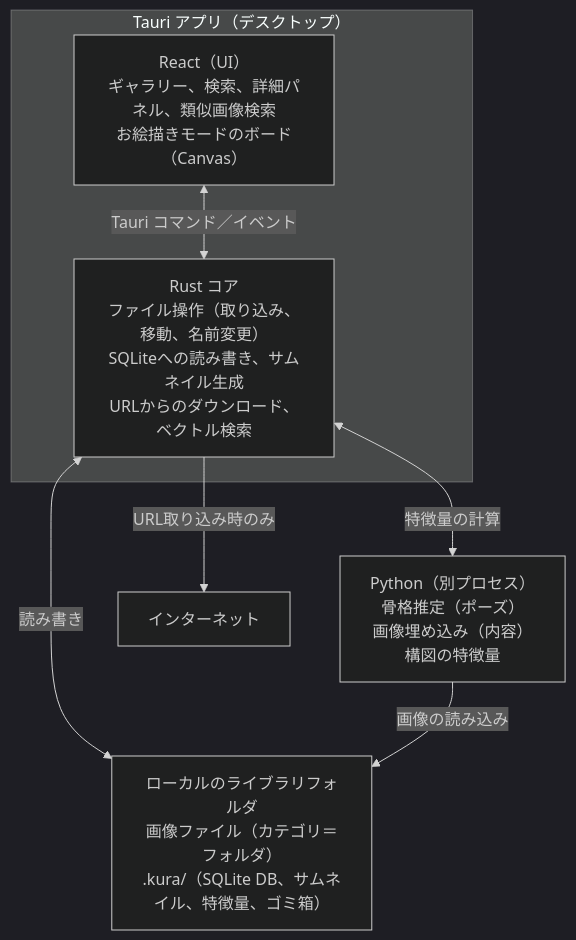
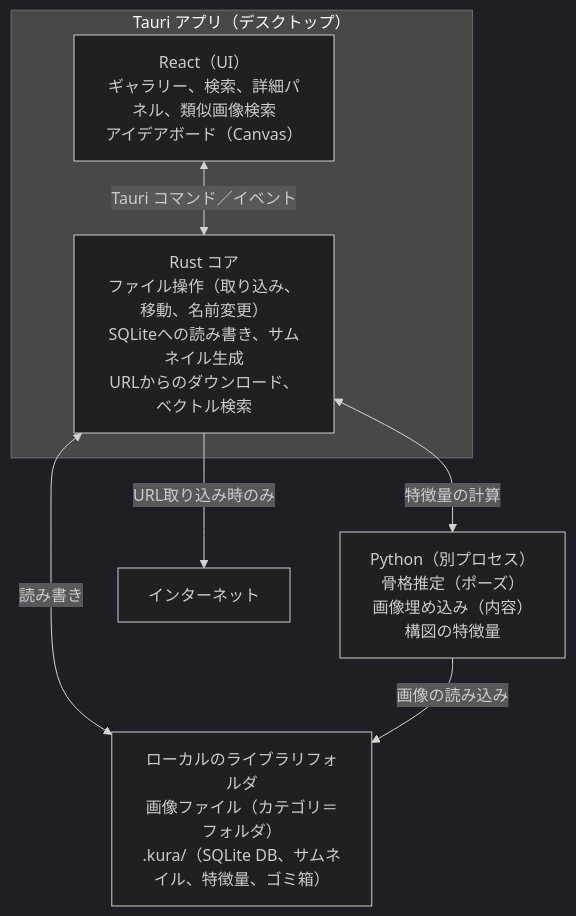
Before and after one commit to kk6/kura: the diagram in docs/requirements.md, drawn with Mermaid (dark theme). The commit also changed other lines of this file and 4 other files, not shown here.

````diff
--- a/docs/requirements.md
+++ b/docs/requirements.md
@@ -69,15 +69,15 @@
 ```mermaid
 flowchart TB
     subgraph tauri["Tauri アプリ（デスクトップ）"]
-        ui["React（UI）<br/>ギャラリー、検索、詳細パネル、類似画像検索<br/>お絵描きモードのボード（Canvas）"]
+        ui["React（UI）<br/>ギャラリー、検索、詳細パネル、類似画像検索<br/>アイデアボード（Canvas）"]
         core["Rust コア<br/>ファイル操作（取り込み、移動、名前変更）<br/>SQLiteへの読み書き、サムネイル生成<br/>URLからのダウンロード、ベクトル検索"]
         ui <-- "Tauri コマンド／イベント" --> core
     end
     py["Python（別プロセス）<br/>骨格推定（ポーズ）<br/>画像埋め込み（内容）<br/>構図の特徴量"]
     net["インターネット"]
     lib["ローカルのライブラリフォルダ<br/>画像ファイル（カテゴリ＝フォルダ）<br/>.kura/（SQLite DB、サムネイル、特徴量、ゴミ箱）"]
     core <-- "特徴量の計算" --> py
     core -- "URL取り込み時のみ" --> net
     core <-- "読み書き" --> lib
     py -- "画像の読み込み" --> lib
 ```
````
